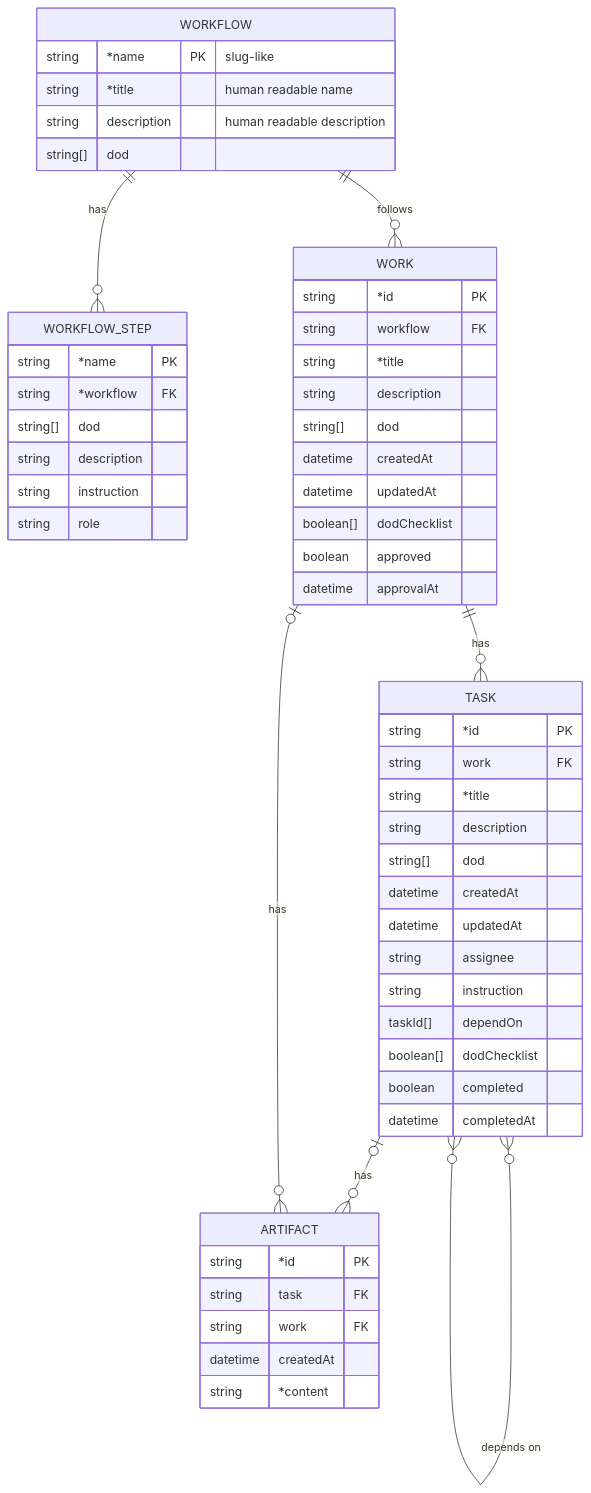
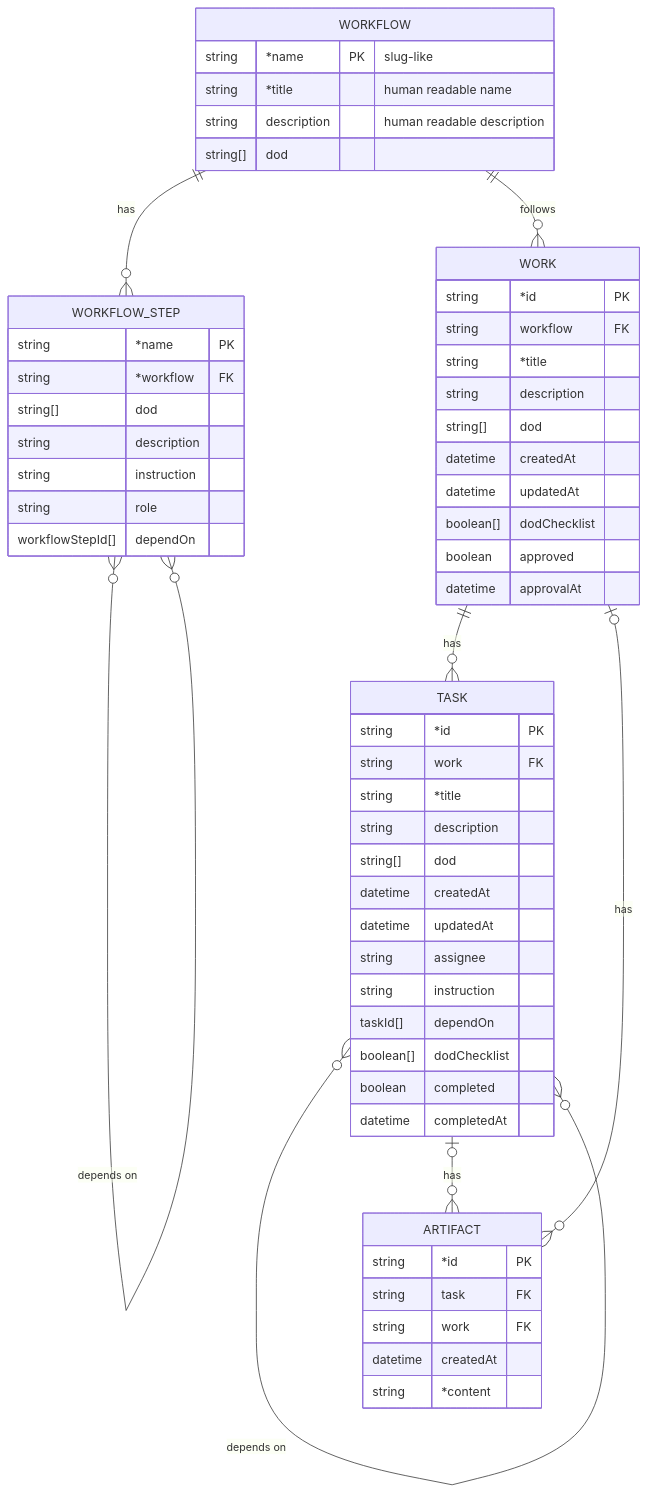
One commit to longlh/superteam changed the diagram in docs/data-struct.md. Above: the diagram before and after it, drawn with Mermaid. The commit also changed other lines of this file, not shown here.

First line of the commit message:
Rework approval status and add step dependencies to data-struct

````diff
--- a/docs/data-struct.md
+++ b/docs/data-struct.md
@@ -5,62 +5,64 @@
 ```mermaid
 erDiagram
     WORKFLOW {
         string *name PK "slug-like"
         string *title "human readable name"
         string description "human readable description"
         string[] dod
     }
 
     WORKFLOW_STEP {
         string *name PK
         string *workflow FK
         string[] dod
         string description
         string instruction
         string role
+        workflowStepId[] dependOn
     }
 
     WORK {
         string *id PK
         string workflow FK
         string *title
         string description
         string[] dod
         datetime createdAt
         datetime updatedAt
         boolean[] dodChecklist
         boolean approved
         datetime approvalAt
     }
 
     TASK {
         string *id PK
         string work FK
         string *title
         string description
         string[] dod
         datetime createdAt
         datetime updatedAt
         string assignee
         string instruction
         taskId[] dependOn
         boolean[] dodChecklist
         boolean completed
         datetime completedAt
     }
 
     ARTIFACT {
         string *id PK
         string task FK
         string work FK
         datetime createdAt
         string *content
     }
 
     WORKFLOW ||--o{ WORKFLOW_STEP : has
+    WORKFLOW_STEP }o--o{ WORKFLOW_STEP : "depends on"
     WORKFLOW ||--o{ WORK : follows
     WORK ||--o{ TASK : has
     TASK }o--o{ TASK : "depends on"
     TASK |o--o{ ARTIFACT : has
     WORK |o--o{ ARTIFACT : has
 ```
````
